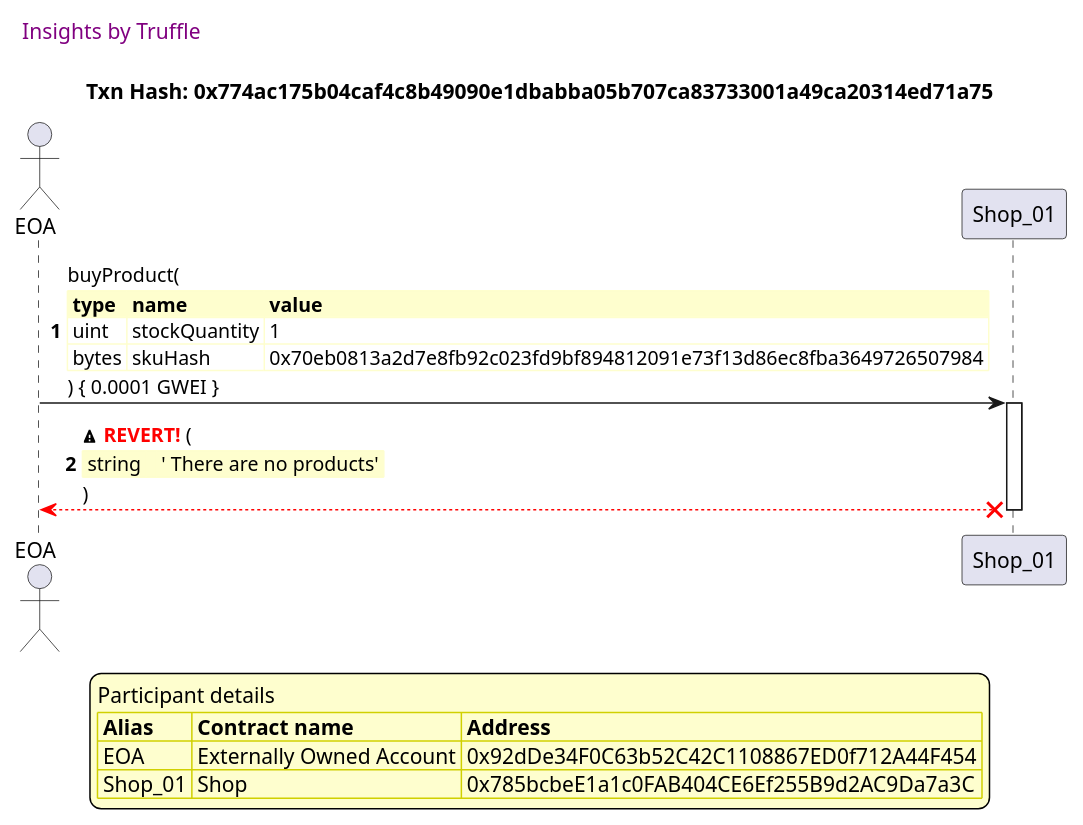
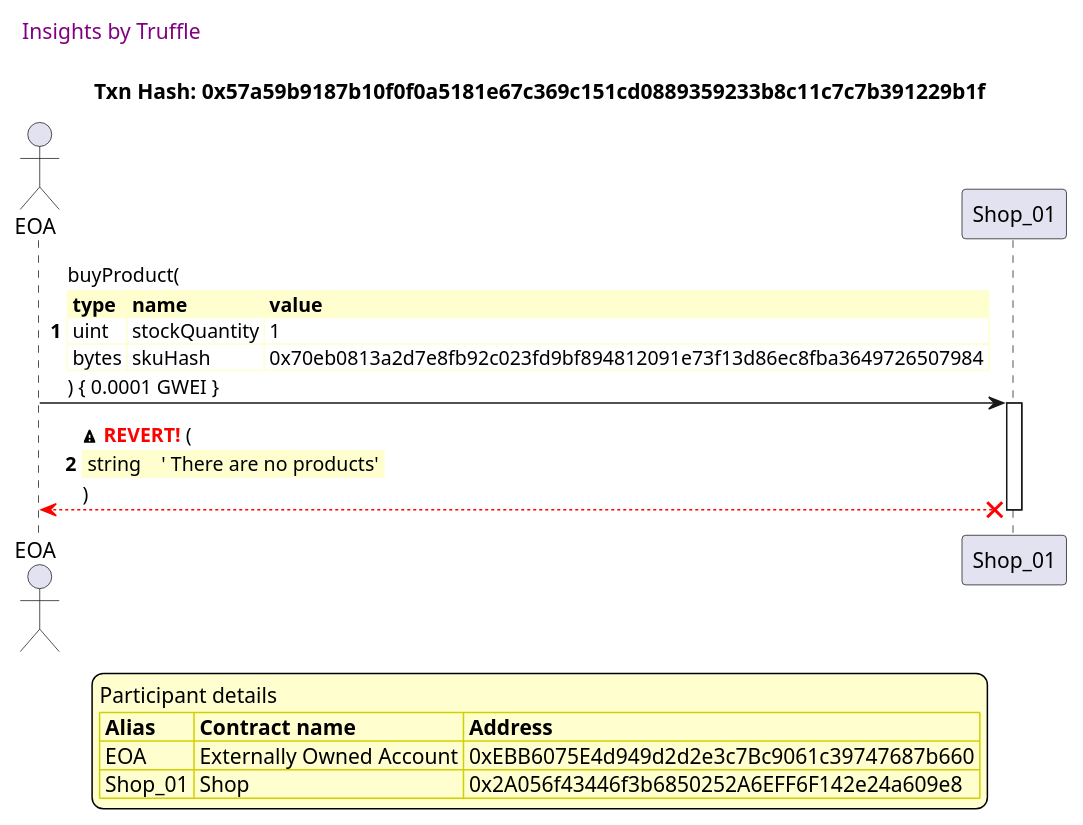
Before and after one commit to thedarkjester/ConsensysAssignment: the third of 3 diagrams in truffle-seq/Shop_test_shop_buy_product.md, drawn with PlantUML. The commit also changed other lines of this file and 13 other files, not shown here.

````diff
--- a/truffle-seq/Shop_test_shop_buy_product.md
+++ b/truffle-seq/Shop_test_shop_buy_product.md
@@ -102,44 +102,44 @@
 ```plantuml
 
 
 @startuml
 
 autonumber
 skinparam legendBackgroundColor #FEFECE
 
 <style>
       header {
         HorizontalAlignment left
         FontColor purple
         FontSize 14
         Padding 10
       }
     </style>
 
 header Insights by Truffle
 
-title Txn Hash: 0x774ac175b04caf4c8b49090e1dbabba05b707ca83733001a49ca20314ed71a75
+title Txn Hash: 0x57a59b9187b10f0f0a5181e67c369c151cd0889359233b8c11c7c7b391229b1f
 
 
 actor EOA as "EOA"
 participant Shop_01 as "Shop_01"
 
 "EOA" -> "Shop_01" ++: buyProduct(\n\
 <#FEFECE,#FEFECE>|= type |= name |= value |\n\
 | uint | stockQuantity | 1 |\n\
 | bytes | skuHash | 0x70eb0813a2d7e8fb92c023fd9bf894812091e73f13d86ec8fba3649726507984 |\n\
 ) { 0.0001 GWEI }
 "Shop_01" x-[#red]-> "EOA" --: <&warning> <color #red>**REVERT!**</color> (\n\
 <#FEFECE,#FEFECE>| string |  | ' There are no products' |\n\
 )
 deactivate "Shop_01"
 
 legend
 Participant details
 <#FEFECE,#D0D000>|= Alias |= Contract name |= Address |
-<#FEFECE>| EOA | Externally Owned Account | 0x92dDe34F0C63b52C42C1108867ED0f712A44F454 |
-<#FEFECE>| Shop_01 | Shop | 0x785bcbeE1a1c0FAB404CE6Ef255B9d2AC9Da7a3C |
+<#FEFECE>| EOA | Externally Owned Account | 0xEBB6075E4d949d2d2e3c7Bc9061c39747687b660 |
+<#FEFECE>| Shop_01 | Shop | 0x2A056f43446f3b6850252A6EFF6F142e24a609e8 |
 endlegend
 
 @enduml
 ```
````
